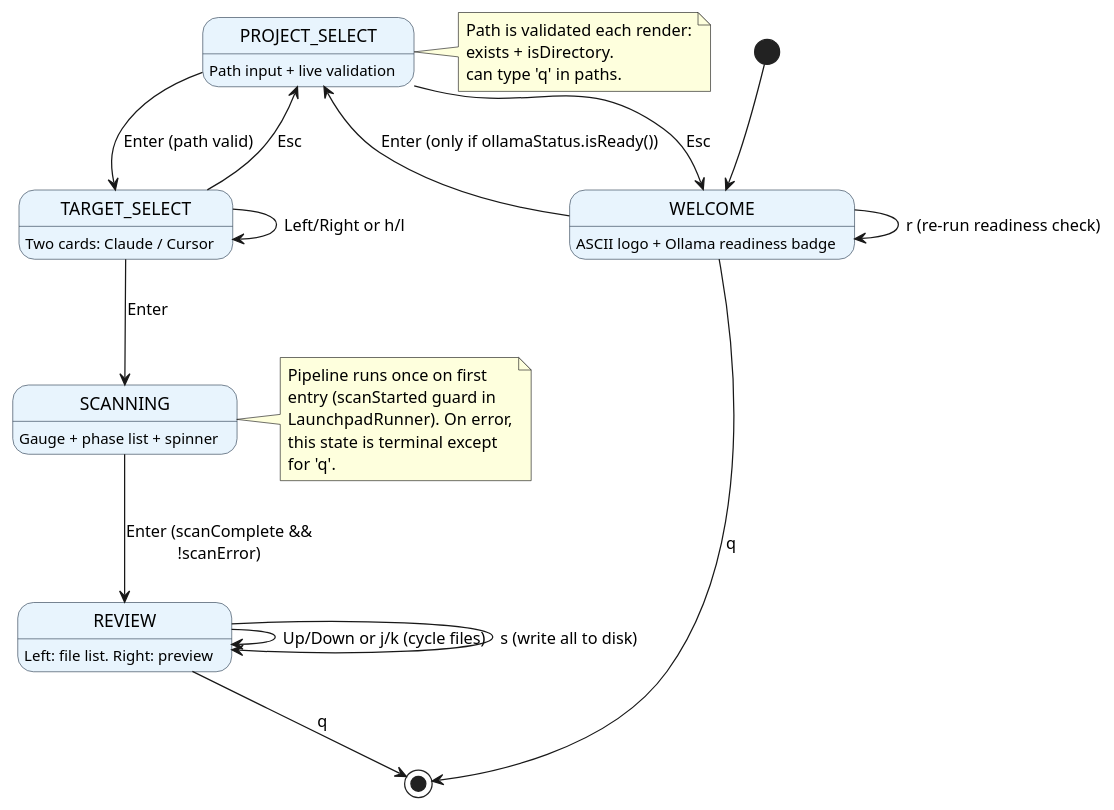
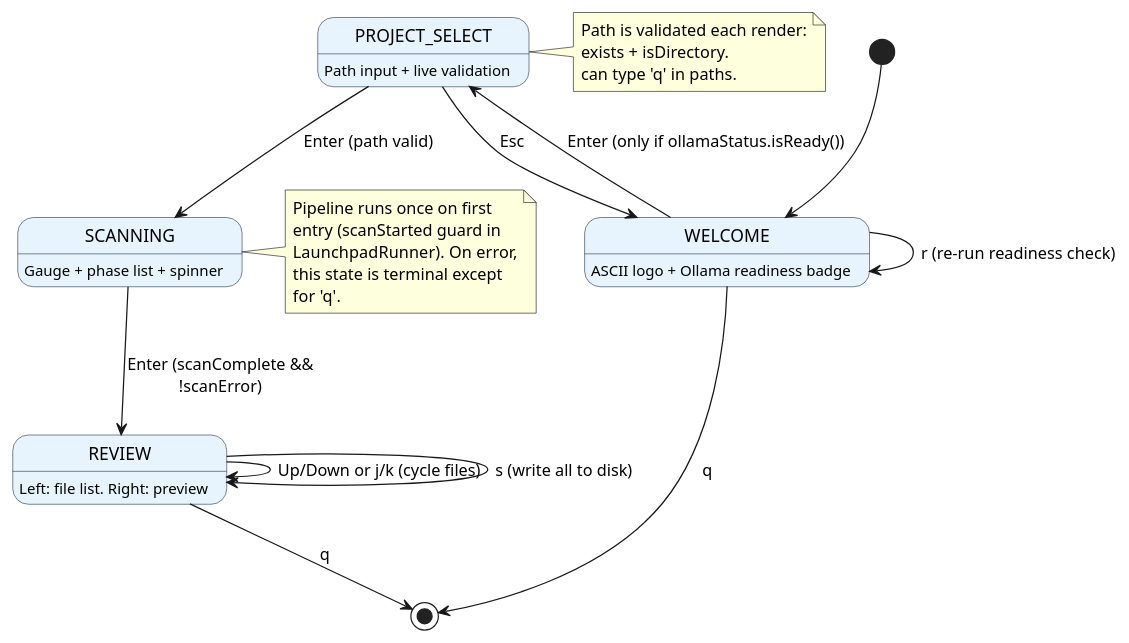
One commit to acltabontabon/launchpad changed the third of 6 diagrams in docs/architecture.adoc. Above: the diagram before and after it, drawn with PlantUML. The commit also changed other lines of this file and 16 other files, not shown here.

```diff
--- a/docs/architecture.adoc
+++ b/docs/architecture.adoc
@@ -186,50 +184,45 @@
 [plantuml,state-machine,svg]
 ----
 @startuml
 skinparam backgroundColor #FFFFFF
 skinparam shadowing false
 skinparam defaultFontName Helvetica
 skinparam state {
   BackgroundColor #E8F4FD
   BorderColor #2C3E50
 }
 
 [*] --> WELCOME
 
 WELCOME : ASCII logo + Ollama readiness badge
 WELCOME --> PROJECT_SELECT : Enter (only if ollamaStatus.isReady())
 WELCOME --> WELCOME : r (re-run readiness check)
 WELCOME --> [*] : q
 
 PROJECT_SELECT : Path input + live validation
 PROJECT_SELECT --> WELCOME : Esc
-PROJECT_SELECT --> TARGET_SELECT : Enter (path valid)
+PROJECT_SELECT --> SCANNING : Enter (path valid)
 note right of PROJECT_SELECT
   Path is validated each render:
   exists + isDirectory.
   'q' is ignored here so users
   can type 'q' in paths.
 end note
-
-TARGET_SELECT : Two cards: Claude / Cursor
-TARGET_SELECT --> PROJECT_SELECT : Esc
-TARGET_SELECT --> SCANNING : Enter
-TARGET_SELECT --> TARGET_SELECT : Left/Right or h/l
 
 SCANNING : Gauge + phase list + spinner
 SCANNING --> REVIEW : Enter (scanComplete &&\n!scanError)
 note right of SCANNING
   Pipeline runs once on first
   entry (scanStarted guard in
   LaunchpadRunner). On error,
   this state is terminal except
   for 'q'.
 end note
 
 REVIEW : Left: file list. Right: preview
 REVIEW --> REVIEW : Up/Down or j/k (cycle files)
 REVIEW --> REVIEW : s (write all to disk)
 REVIEW --> [*] : q
 
 @enduml
 ----
```
